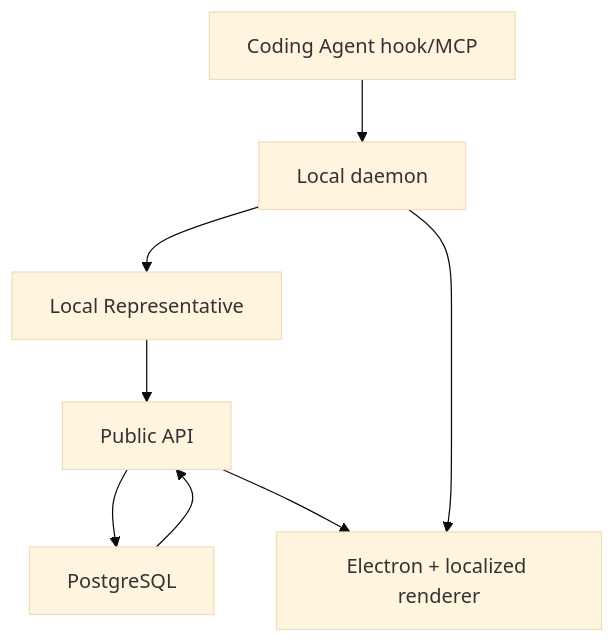
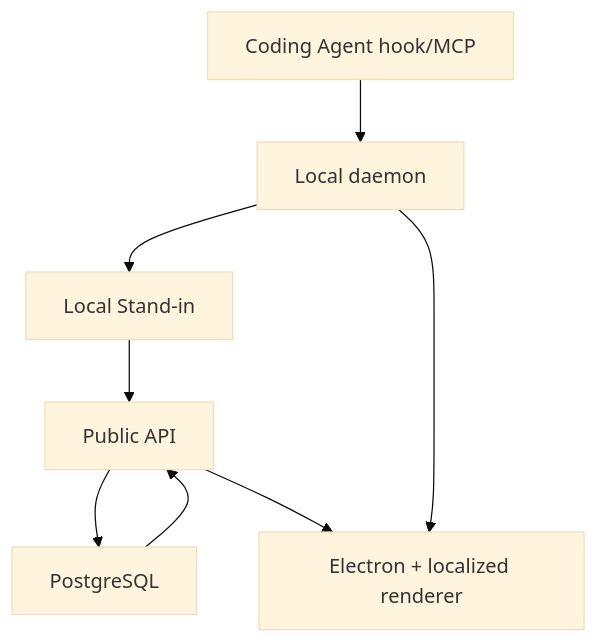
Before and after one commit to WatsonHS/intero: the third of 3 diagrams in docs/plans/2026-07-25-001-feat-data-driven-localized-ui-plan.md, drawn with Mermaid (base theme). The commit also changed other lines of this file and 233 other files, not shown here.

````diff
--- a/docs/plans/2026-07-25-001-feat-data-driven-localized-ui-plan.md
+++ b/docs/plans/2026-07-25-001-feat-data-driven-localized-ui-plan.md
@@ -675,17 +675,17 @@
 ```mermaid
 flowchart TB
     Hook["Coding Agent hook/MCP"]
     Daemon["Local daemon"]
-    Sidecar["Local Representative"]
+    Sidecar["Local Stand-in"]
     API["Public API"]
     Database["PostgreSQL"]
     Desktop["Electron + localized renderer"]
 
     Hook --> Daemon
     Daemon --> Sidecar
     Sidecar --> API
     API --> Database
     Database --> API
     API --> Desktop
     Daemon --> Desktop
 ```
````
